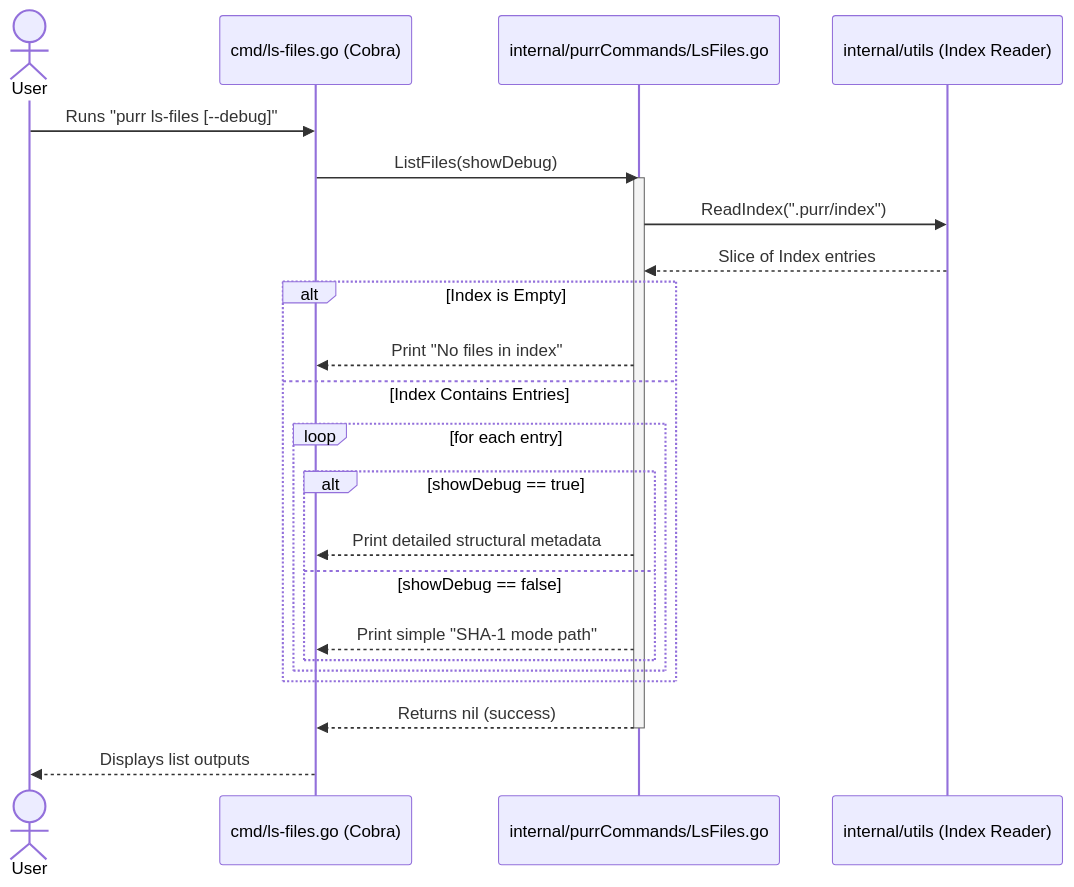
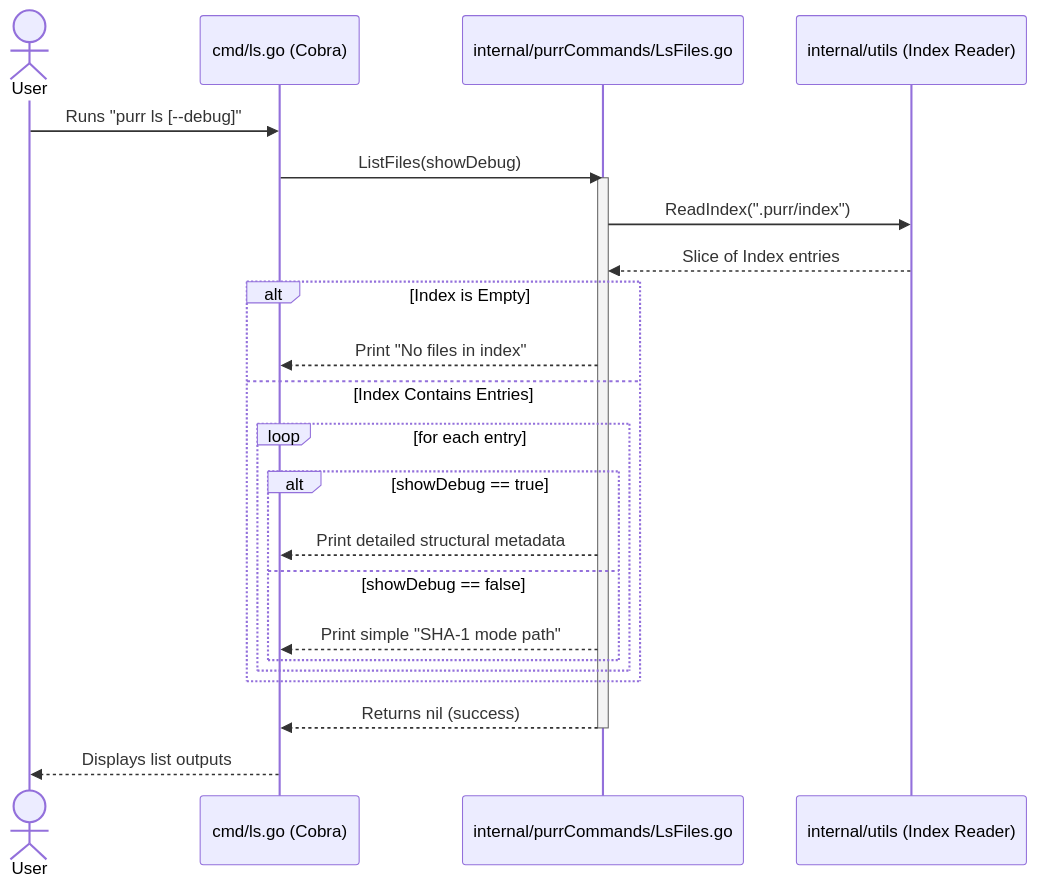
The third of 6 diagrams in Docs/ARCHITECTURE.md (TheRealShek/persephone), drawn with Mermaid before and after one commit. The commit also changed other lines of this file and 6 other files, not shown here.

````diff
--- a/Docs/ARCHITECTURE.md
+++ b/Docs/ARCHITECTURE.md
@@ -278,30 +278,30 @@
 ```mermaid
 sequenceDiagram
     actor User
-    participant CLI as cmd/ls-files.go (Cobra)
+    participant CLI as cmd/ls.go (Cobra)
     participant Core as internal/purrCommands/LsFiles.go
     participant Utils as internal/utils (Index Reader)
 
-    User->>CLI: Runs "purr ls-files [--debug]"
+    User->>CLI: Runs "purr ls [--debug]"
     CLI->>Core: ListFiles(showDebug)
-    
+
     activate Core
     Core->>Utils: ReadIndex(".purr/index")
     Utils-->>Core: Slice of Index entries
-    
+
     alt Index is Empty
         Core-->>CLI: Print "No files in index"
     else Index Contains Entries
         loop for each entry
             alt showDebug == true
                 Core-->>CLI: Print detailed structural metadata
             else showDebug == false
                 Core-->>CLI: Print simple "SHA-1  mode  path"
             end
         end
     end
-    
+
     Core-->>CLI: Returns nil (success)
     deactivate Core
     CLI-->>User: Displays list outputs
 ```
````
